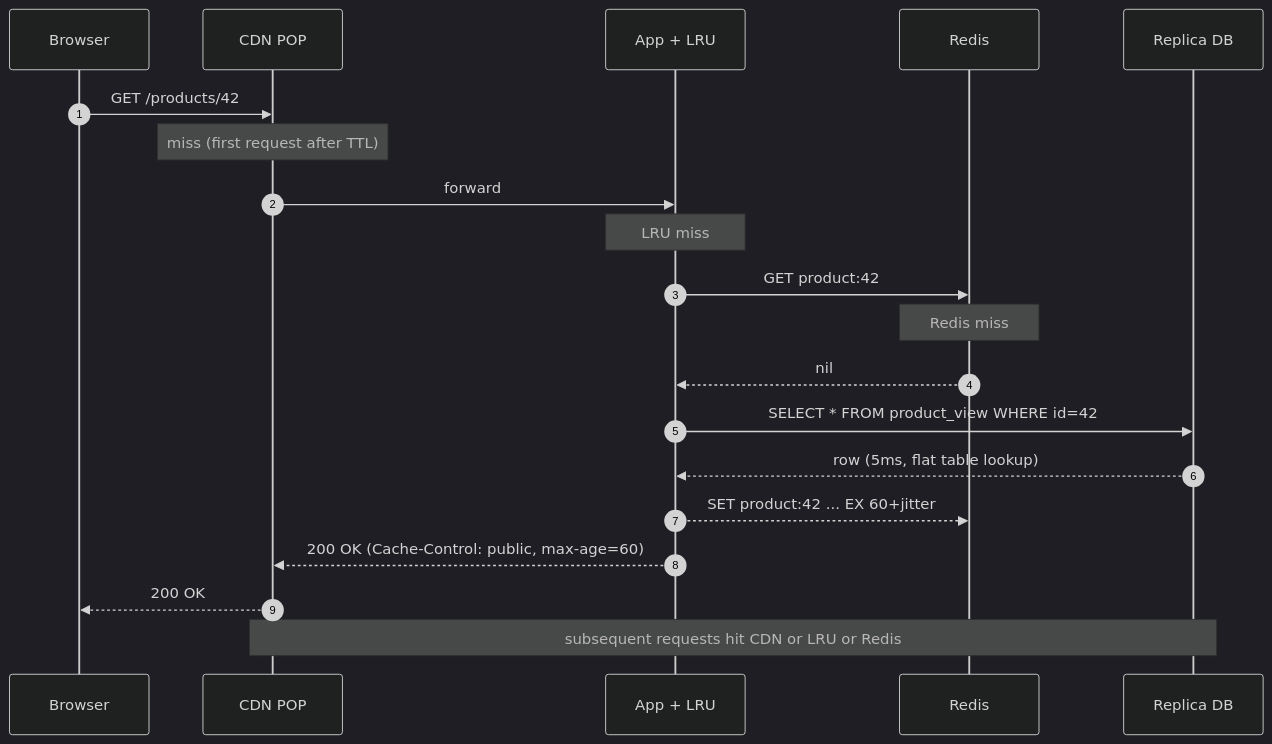
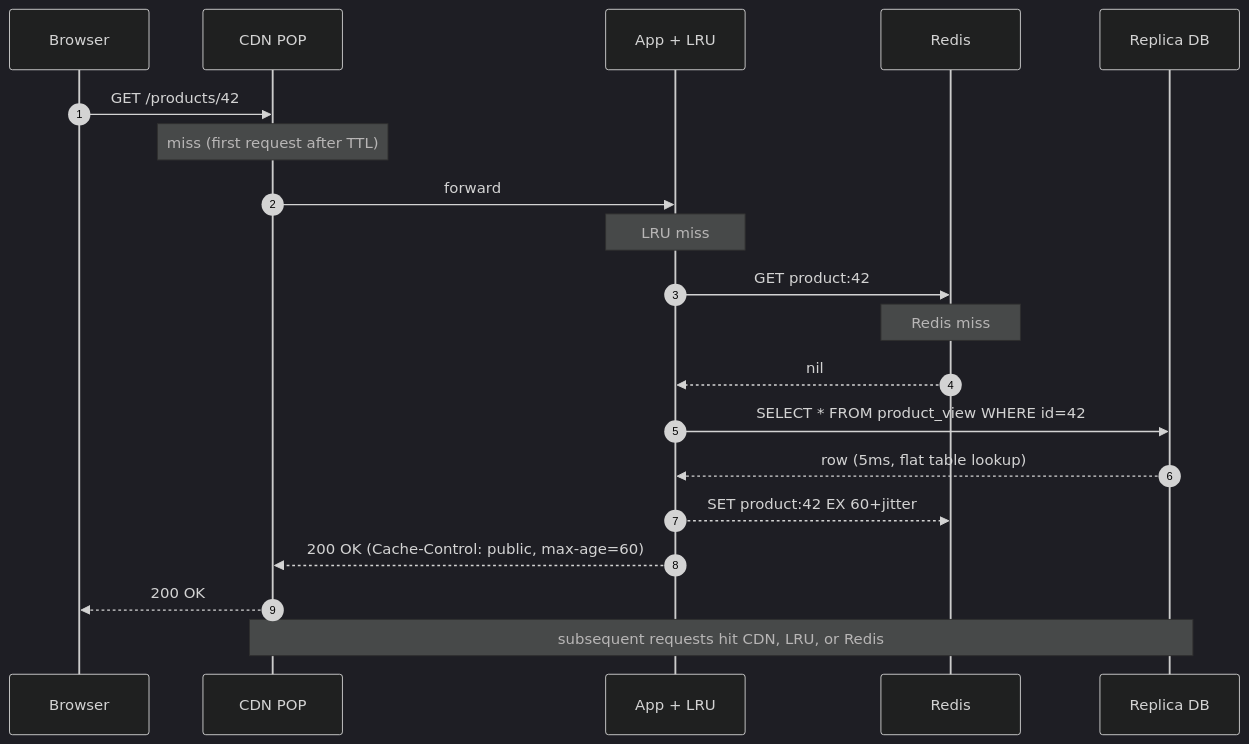
One commit to shiningflash/system-design changed the ninth of 10 diagrams in problems/017-read-heavy-patterns/solution.md. Above: the diagram before and after it, drawn with Mermaid (dark theme). The commit also changed other lines of this file and 37 other files, not shown here.

````diff
--- a/problems/017-read-heavy-patterns/solution.md
+++ b/problems/017-read-heavy-patterns/solution.md
@@ -395,24 +390,24 @@
 ```mermaid
 sequenceDiagram
     autonumber
     participant B as Browser
     participant CDN as CDN POP
     participant App as App + LRU
     participant R as Redis
     participant Rep as Replica DB
 
     B->>CDN: GET /products/42
     Note over CDN: miss (first request after TTL)
     CDN->>App: forward
     Note over App: LRU miss
     App->>R: GET product:42
     Note over R: Redis miss
     R-->>App: nil
     App->>Rep: SELECT * FROM product_view WHERE id=42
     Rep-->>App: row (5ms, flat table lookup)
-    App-->>R: SET product:42 ... EX 60+jitter
+    App-->>R: SET product:42 EX 60+jitter
     App-->>CDN: 200 OK (Cache-Control: public, max-age=60)
     CDN-->>B: 200 OK
 
-    Note over CDN,Rep: subsequent requests hit CDN or LRU or Redis
+    Note over CDN,Rep: subsequent requests hit CDN, LRU, or Redis
 ```
````
